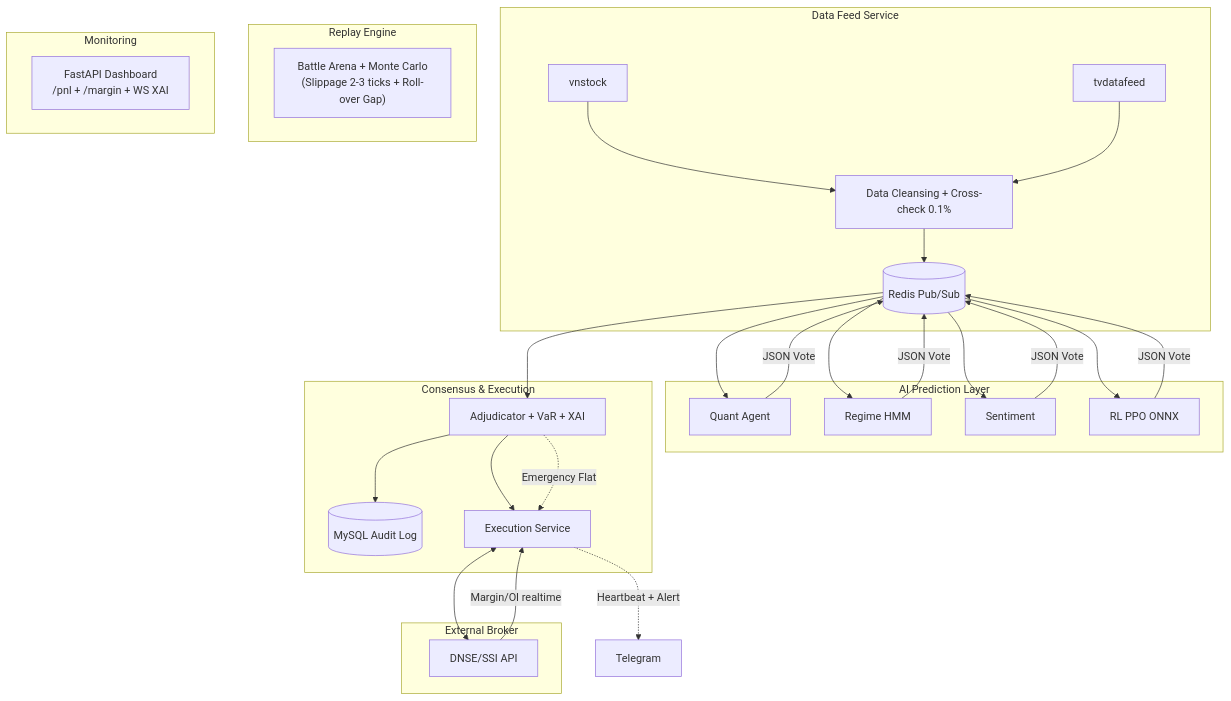
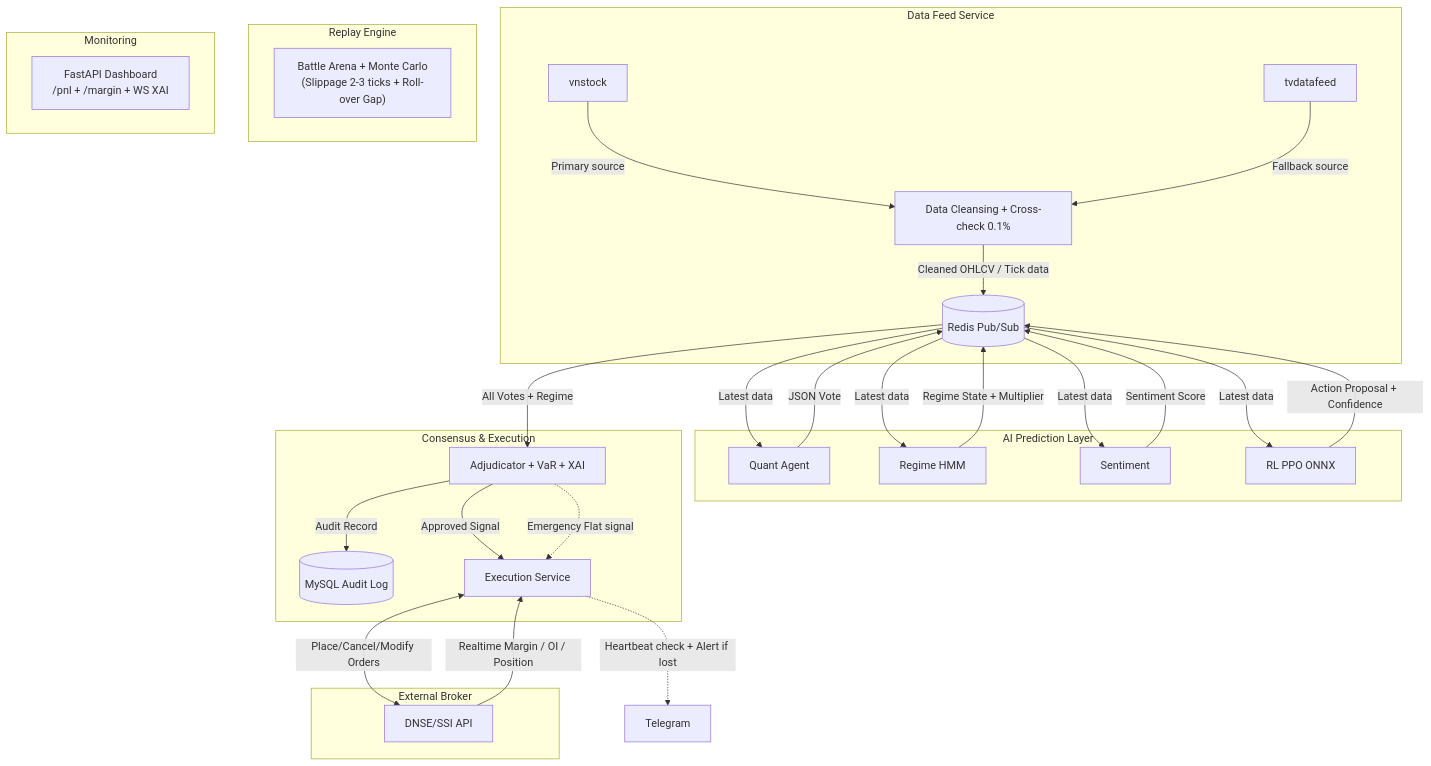
The diagram in ARCHITECTURE.md (RevDra/vn30f-auto-trade), drawn with Mermaid before and after one commit.

````diff
--- a/ARCHITECTURE.md
+++ b/ARCHITECTURE.md
@@ -1,39 +1,43 @@
 ```mermaid
 graph TD
     subgraph "Data Feed Service"
-        V[vnstock] --> DC[Data Cleansing + Cross-check 0.1%]
-        T[tvdatafeed] --> DC
-        DC --> Redis[(Redis Pub/Sub)]
+        V[vnstock] -->|"Primary source"| DC["Data Cleansing + Cross-check 0.1%"]
+        T[tvdatafeed] -->|"Fallback source"| DC
+        DC -->|"Cleaned OHLCV / Tick data"| Redis[(Redis Pub/Sub)]
     end
 
     subgraph "AI Prediction Layer"
-        Redis --> QA[Quant Agent]
-        Redis --> HMM[Regime HMM]
-        Redis --> SA[Sentiment]
-        Redis --> RL[RL PPO ONNX]
-        QA & HMM & SA & RL -->|JSON Vote| Redis
+        Redis -->|"Latest data"| QA[Quant Agent]
+        Redis -->|"Latest data"| HMM["Regime HMM"]
+        Redis -->|"Latest data"| SA[Sentiment]
+        Redis -->|"Latest data"| RL["RL PPO ONNX"]
+        
+        QA -->|"JSON Vote"| Redis
+        HMM -->|"Regime State + Multiplier"| Redis
+        SA -->|"Sentiment Score"| Redis
+        RL -->|"Action Proposal + Confidence"| Redis
     end
 
     subgraph "Consensus & Execution"
-        Redis --> ADJ[Adjudicator + VaR + XAI]
-        ADJ --> DB[(MySQL Audit Log)]
-        ADJ --> EXEC[Execution Service]
+        Redis -->|"All Votes + Regime"| ADJ["Adjudicator + VaR + XAI"]
+        ADJ -->|"Audit Record"| DB[(MySQL Audit Log)]
+        ADJ -->|"Approved Signal"| EXEC[Execution Service]
     end
 
     subgraph "Replay Engine"
         RE["Battle Arena + Monte Carlo<br>(Slippage 2-3 ticks + Roll-over Gap)"]
     end
 
     subgraph "Monitoring"
         DASH["FastAPI Dashboard<br>/pnl + /margin + WS XAI"]
     end
 
     subgraph "External Broker"
-        EXEC <--> Broker[DNSE/SSI API]
-        Broker -->|Margin/OI realtime| EXEC
+        EXEC <-->|"Place/Cancel/Modify Orders"| Broker["DNSE/SSI API"]
+        Broker -->|"Realtime Margin / OI / Position"| EXEC
     end
 
-    %% Fail-safe
-    EXEC -.->|Heartbeat + Alert| TG[Telegram]
-    ADJ -.->|Emergency Flat| EXEC
+    %% Fail-safe connections
+    EXEC -.->|"Heartbeat check + Alert if lost"| TG[Telegram]
+    ADJ -.->|"Emergency Flat signal"| EXEC
 ```
````
